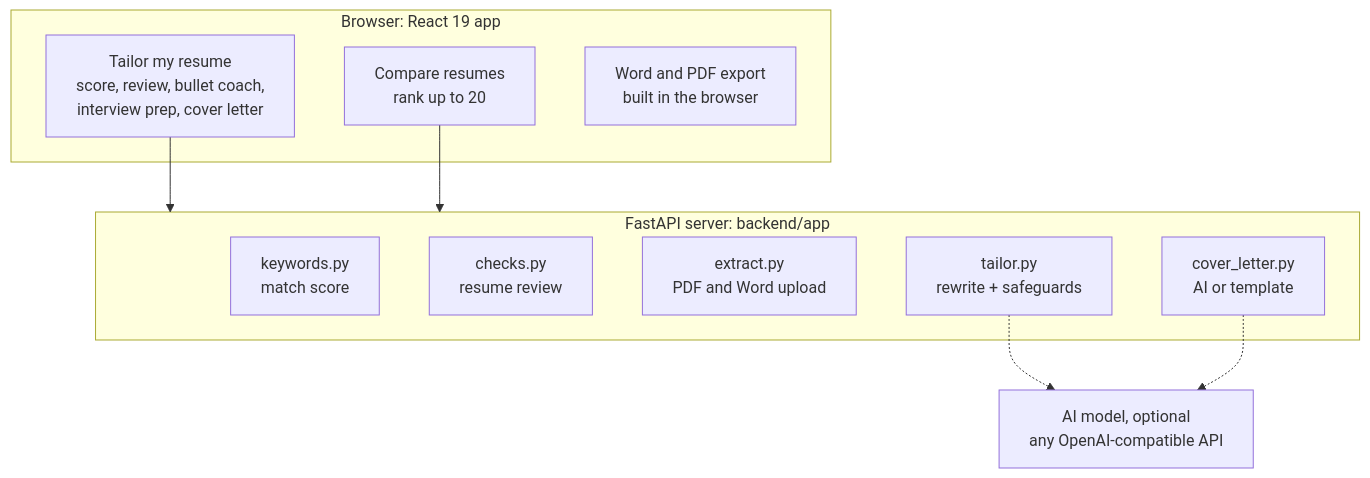
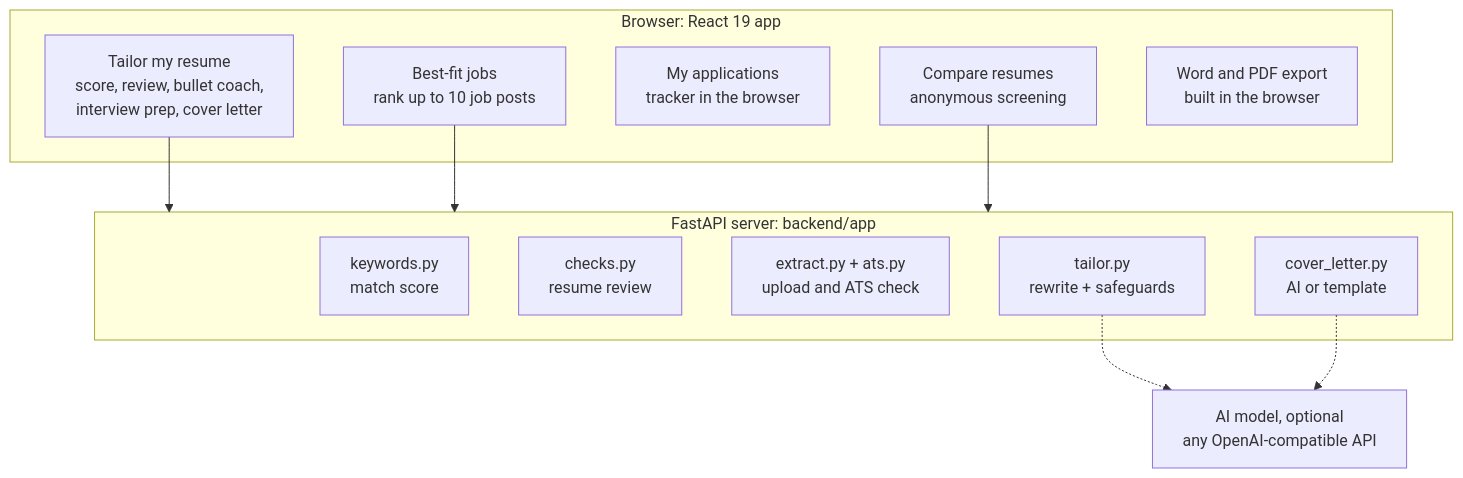
Before and after one commit to rajuerladinny/ai-resume-builder: the first of 3 diagrams in README.md, drawn with Mermaid. The commit also changed other lines of this file and 33 other files, not shown here.

First line of the commit message:
v1.1: ATS readability check, best-fit jobs, application tracker and anonymous screening (#12)

````diff
--- a/README.md
+++ b/README.md
@@ -66,23 +92,26 @@
 ```mermaid
 flowchart TB
     subgraph Browser["Browser: React 19 app"]
         T["Tailor my resume<br/>score, review, bullet coach,<br/>interview prep, cover letter"]
-        C["Compare resumes<br/>rank up to 20"]
+        J["Best-fit jobs<br/>rank up to 10 job posts"]
+        A["My applications<br/>tracker in the browser"]
+        C["Compare resumes<br/>anonymous screening"]
         X["Word and PDF export<br/>built in the browser"]
     end
 
     subgraph API["FastAPI server: backend/app"]
         K["keywords.py<br/>match score"]
         R["checks.py<br/>resume review"]
-        E["extract.py<br/>PDF and Word upload"]
+        E["extract.py + ats.py<br/>upload and ATS check"]
         TL["tailor.py<br/>rewrite + safeguards"]
         CL["cover_letter.py<br/>AI or template"]
     end
 
     M["AI model, optional<br/>any OpenAI-compatible API"]
 
     T --> API
+    J --> API
     C --> API
     TL -.-> M
     CL -.-> M
 ```
````
